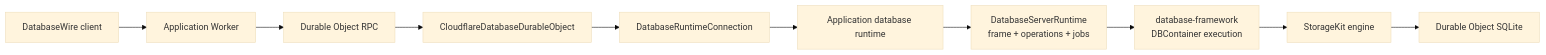
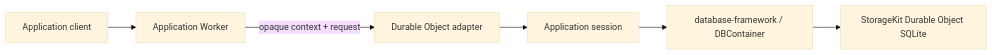
The diagram in README.md (1amageek/database-framework-cloudflare), drawn with Mermaid (base theme) before and after one commit. The commit also changed other lines of this file and 93 other files, not shown here.

Commit message:
Make Cloudflare an application database adapter

````diff
--- a/README.md
+++ b/README.md
@@ -12,12 +11,8 @@
 ```mermaid
 flowchart LR
-  Client["DatabaseWire client"] --> Worker["Application Worker"]
-  Worker --> RPC["Durable Object RPC"]
-  RPC --> DO["CloudflareDatabaseDurableObject"]
-  DO --> Connection["DatabaseRuntimeConnection"]
-  Connection --> Runtime["Application database runtime"]
-  Runtime --> Server["DatabaseServerRuntime<br/>frame + operations + jobs"]
-  Server --> Framework["database-framework<br/>DBContainer execution"]
-  Framework --> Storage["StorageKit engine"]
-  Storage --> SQLite["Durable Object SQLite"]
+  Client["Application client"] --> Worker["Application Worker"]
+  Worker -->|"opaque context + request"| DO["Durable Object adapter"]
+  DO --> Session["Application session"]
+  Session --> Framework["database-framework / DBContainer"]
+  Framework --> Storage["StorageKit Durable Object SQLite"]
 ```
````
